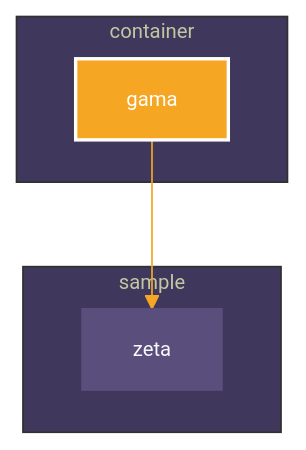
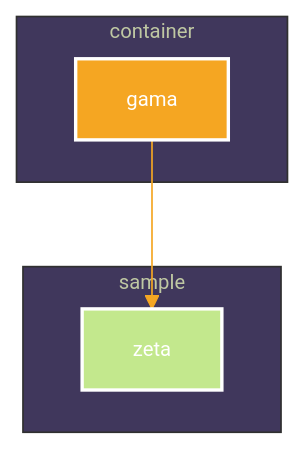
The diagram in sample/README.md (iurysza/module-graph), drawn with Mermaid before and after one commit. The commit also changed 1 other file, not shown here.

Commit message:
Update sample

````diff
--- a/sample/README.md
+++ b/sample/README.md
@@ -3,20 +3,24 @@
 ```mermaid
 %%{
   init: {
     'theme': 'base',
     'themeVariables': {"primaryTextColor":"#F6F8FAff","primaryColor":"#5a4f7c","primaryBorderColor":"#5a4f7c","tertiaryColor":"#40375c","lineColor":"#f5a623","fontSize":"12px"}
   }
 }%%
 
 graph TB
   subgraph container
     gama
   end
   subgraph sample
     zeta
   end
   gama --> zeta
 
+classDef java fill:#C3E88D,stroke:#fff,stroke-width:2px,color:#fff;
+class gama java
+class zeta java
+
 classDef focus fill:#F5A622,stroke:#fff,stroke-width:2px,color:#fff;
 class gama focus
 ```
````
